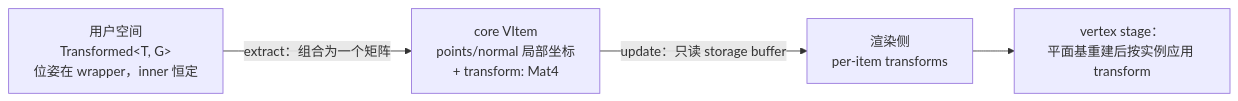
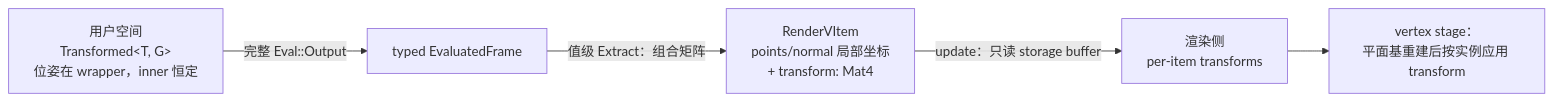
One commit to AzurIce/ranim changed the second of 3 diagrams in book/src/news/v0.3/README.md. Above: the diagram before and after it, drawn with Mermaid. The commit also changed other lines of this file and 233 other files, not shown here.

````diff
--- a/book/src/news/v0.3/README.md
+++ b/book/src/news/v0.3/README.md
@@ -635,6 +741,7 @@
 ```mermaid
 flowchart LR
-    U["用户空间<br/>Transformed&lt;T, G&gt;<br/>位姿在 wrapper，inner 恒定"] -->|"extract：组合为一个矩阵"| K["core VItem<br/>points/normal 局部坐标<br/>+ transform: Mat4"]
+    U["用户空间<br/>Transformed&lt;T, G&gt;<br/>位姿在 wrapper，inner 恒定"] -->|"完整 Eval::Output"| F["typed EvaluatedFrame"]
+    F -->|"值级 Extract：组合矩阵"| K["RenderVItem<br/>points/normal 局部坐标<br/>+ transform: Mat4"]
     K -->|"update：只读 storage buffer"| G["渲染侧<br/>per-item transforms"]
     G --> V["vertex stage：<br/>平面基重建后按实例应用 transform"]
 ```
````
